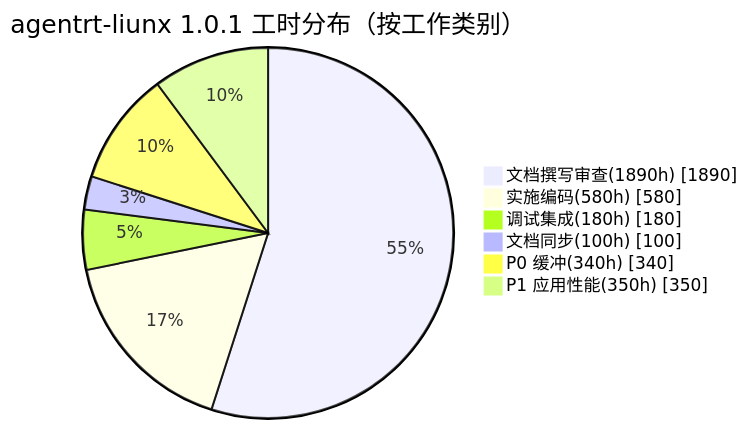
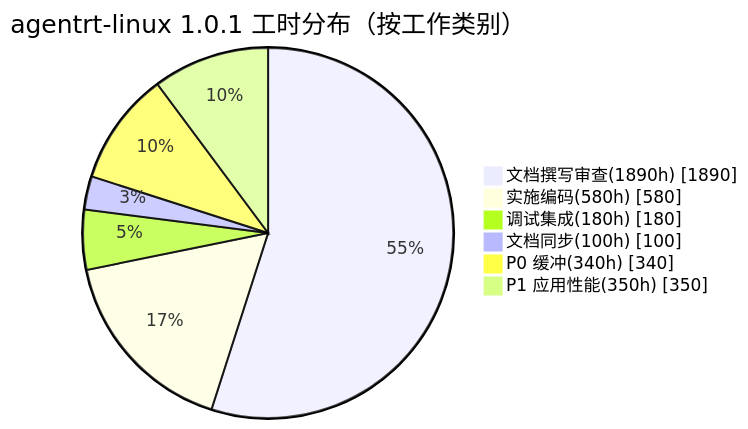
One commit to openairymax/docs changed the fourth of 5 diagrams in AirymaxOS/130-roadmap/03-resource-estimation.md. Above: the diagram before and after it, drawn with Mermaid. The commit also changed other lines of this file and 75 other files, not shown here.

````diff
--- a/AirymaxOS/130-roadmap/03-resource-estimation.md
+++ b/AirymaxOS/130-roadmap/03-resource-estimation.md
@@ -206,10 +206,10 @@
 ```mermaid
 pie showData
-    title agentrt-liunx 1.0.1 工时分布（按工作类别）
+    title agentrt-linux 1.0.1 工时分布（按工作类别）
     "文档撰写审查(1890h)" : 1890
     "实施编码(580h)" : 580
     "调试集成(180h)" : 180
     "文档同步(100h)" : 100
     "P0 缓冲(340h)" : 340
     "P1 应用性能(350h)" : 350
 ```
````
